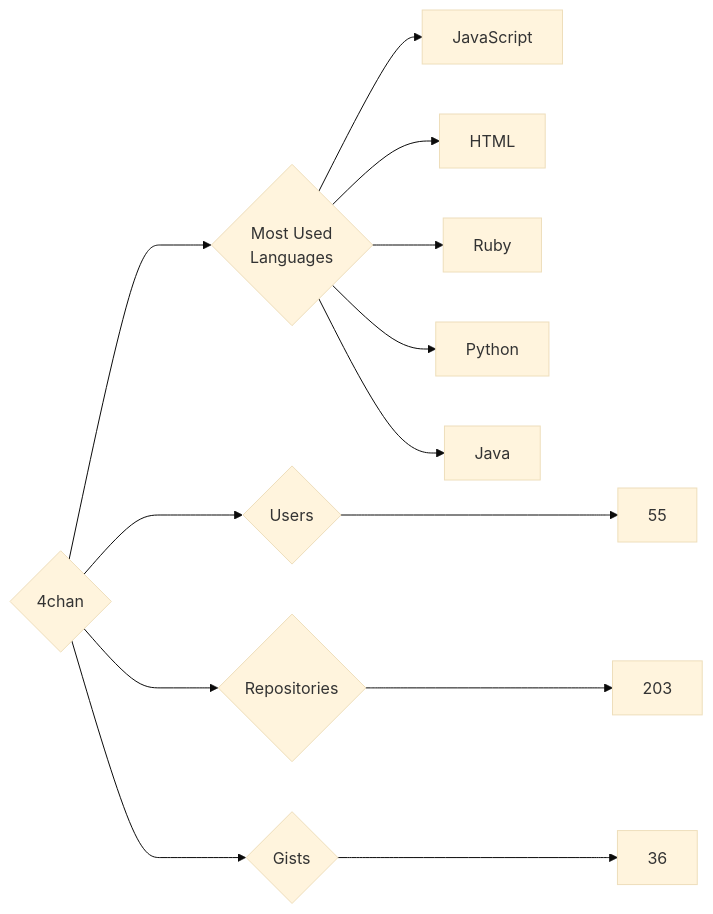
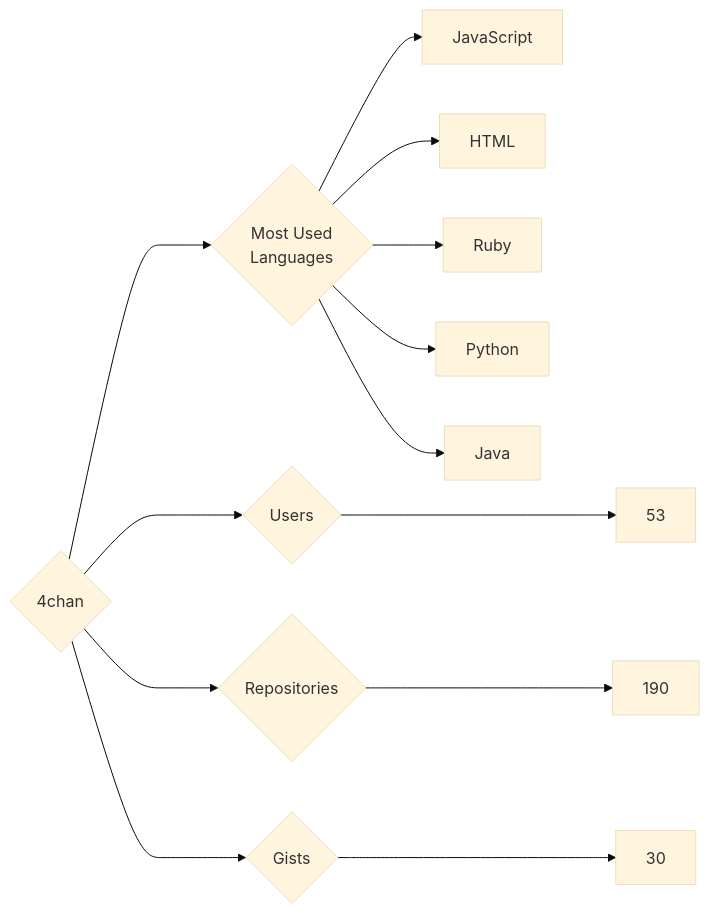
The diagram in targets/4chan/README.md (trickest/insiders), drawn with Mermaid (base theme) before and after one commit. The commit also changed 559 other files, not shown here.

````diff
--- a/targets/4chan/README.md
+++ b/targets/4chan/README.md
@@ -3,13 +3,13 @@
 ```mermaid
 graph LR
 COMPANY_NAME{4chan}
-COMPANY_NAME ---> U{Users} ---> UN[55]
-COMPANY_NAME ---> R{Repositories} ---> RN[203]
-COMPANY_NAME ---> G{Gists} ---> GN[36]
+COMPANY_NAME ---> U{Users} ---> UN[53]
+COMPANY_NAME ---> R{Repositories} ---> RN[190]
+COMPANY_NAME ---> G{Gists} ---> GN[30]
 COMPANY_NAME ---> ML{Most Used<br>Languages}
 ML --> JavaScript[JavaScript]
 ML --> HTML[HTML]
 ML --> Ruby[Ruby]
 ML --> Python[Python]
 ML --> Java[Java]
 ```
````
